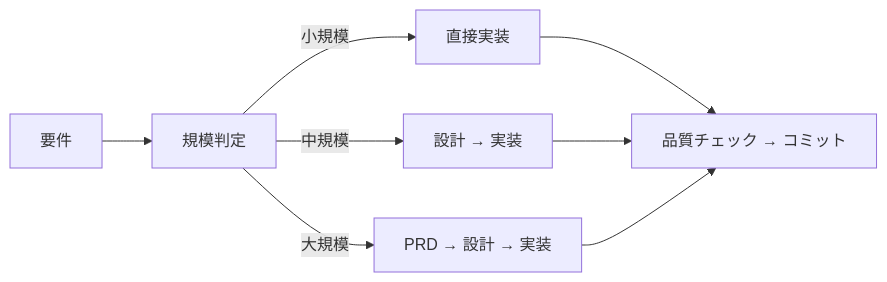
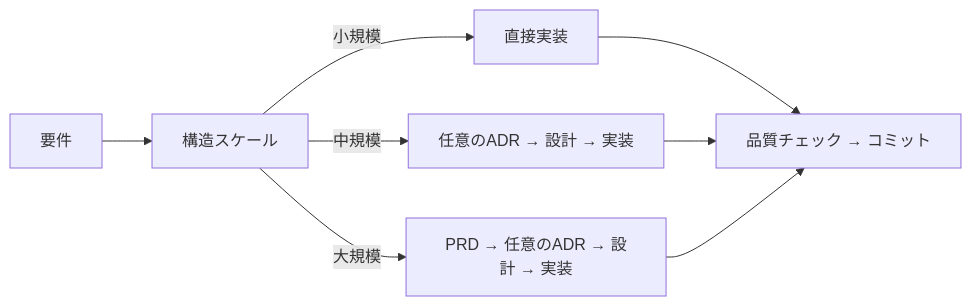
The first of 2 diagrams in README.ja.md (shinpr/ai-coding-project-boilerplate), drawn with Mermaid before and after one commit. The commit also changed 63 other files, not shown here.

````diff
--- a/README.ja.md
+++ b/README.ja.md
@@ -217,11 +217,11 @@
 ```mermaid
 graph LR
-    A[要件] --> B[規模判定]
+    A[要件] --> B[構造スケール]
     B -->|小規模| C[直接実装]
-    B -->|中規模| D[設計 → 実装]
-    B -->|大規模| E[PRD → 設計 → 実装]
+    B -->|中規模| D[任意のADR → 設計 → 実装]
+    B -->|大規模| E[PRD → 任意のADR → 設計 → 実装]
 
     C --> F[品質チェック → コミット]
     D --> F
     E --> F
 ```
````
